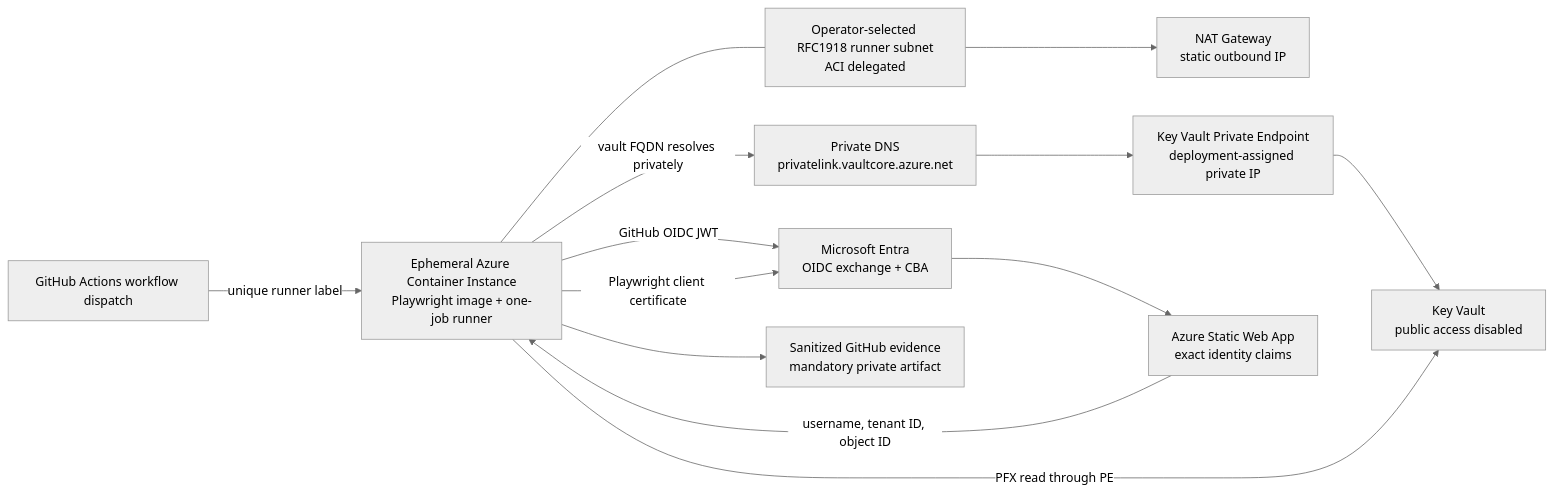
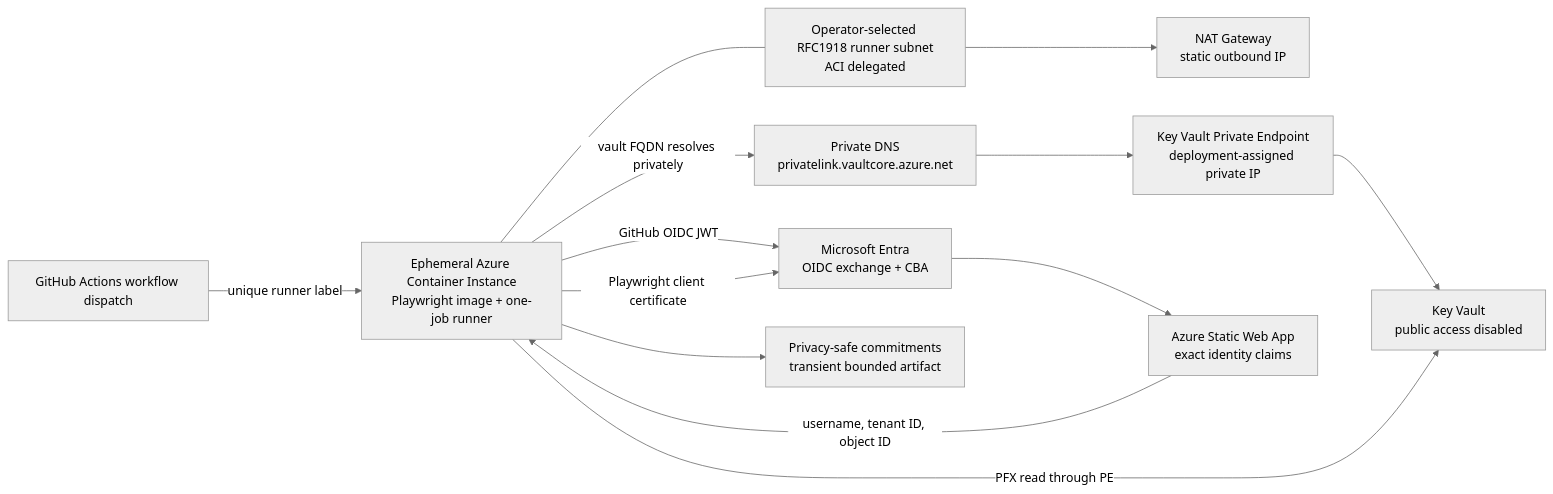
One commit to samitks77/dev-agents-solutions changed the diagram in solutions/entra-cba-playwright/README.md. Above: the diagram before and after it, drawn with Mermaid (neutral theme). The commit also changed other lines of this file and 10 other files, not shown here.

````diff
--- a/solutions/entra-cba-playwright/README.md
+++ b/solutions/entra-cba-playwright/README.md
@@ -58,26 +58,26 @@
 ```mermaid
 flowchart LR
     GH[GitHub Actions workflow dispatch]
     ACI[Ephemeral Azure Container Instance<br/>Playwright image + one-job runner]
     RS[Operator-selected RFC1918 runner subnet<br/>ACI delegated]
     NAT[NAT Gateway<br/>static outbound IP]
     DNS[Private DNS<br/>privatelink.vaultcore.azure.net]
     PE[Key Vault Private Endpoint<br/>deployment-assigned private IP]
     KV[Key Vault<br/>public access disabled]
     ENTRA[Microsoft Entra<br/>OIDC exchange + CBA]
     APP[Azure Static Web App<br/>exact identity claims]
-    ART[Sanitized GitHub evidence<br/>mandatory private artifact]
+    ART[Privacy-safe commitments<br/>transient bounded artifact]
 
     GH -->|unique runner label| ACI
     ACI --- RS
     RS --> NAT
     ACI -->|vault FQDN resolves privately| DNS
     DNS --> PE
     PE --> KV
     ACI -->|GitHub OIDC JWT| ENTRA
     ACI -->|PFX read through PE| KV
     ACI -->|Playwright client certificate| ENTRA
     ENTRA --> APP
     APP -->|username, tenant ID, object ID| ACI
     ACI --> ART
 ```
````
